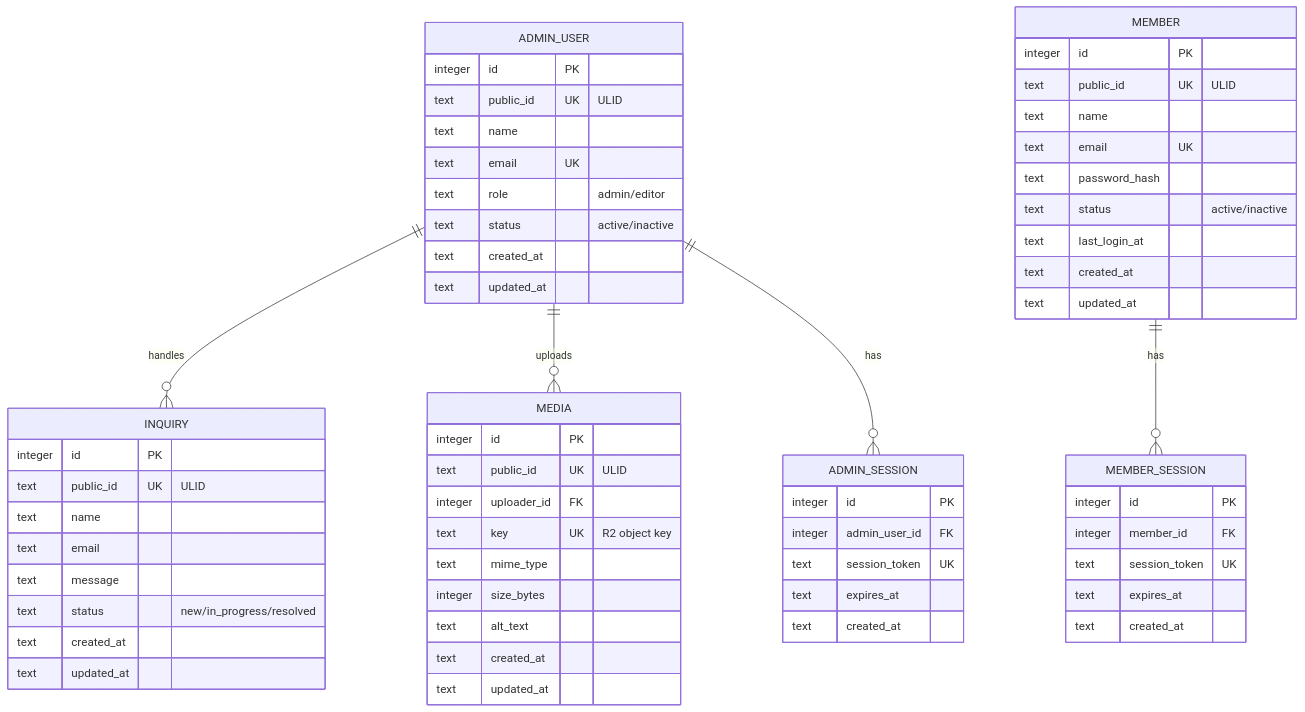
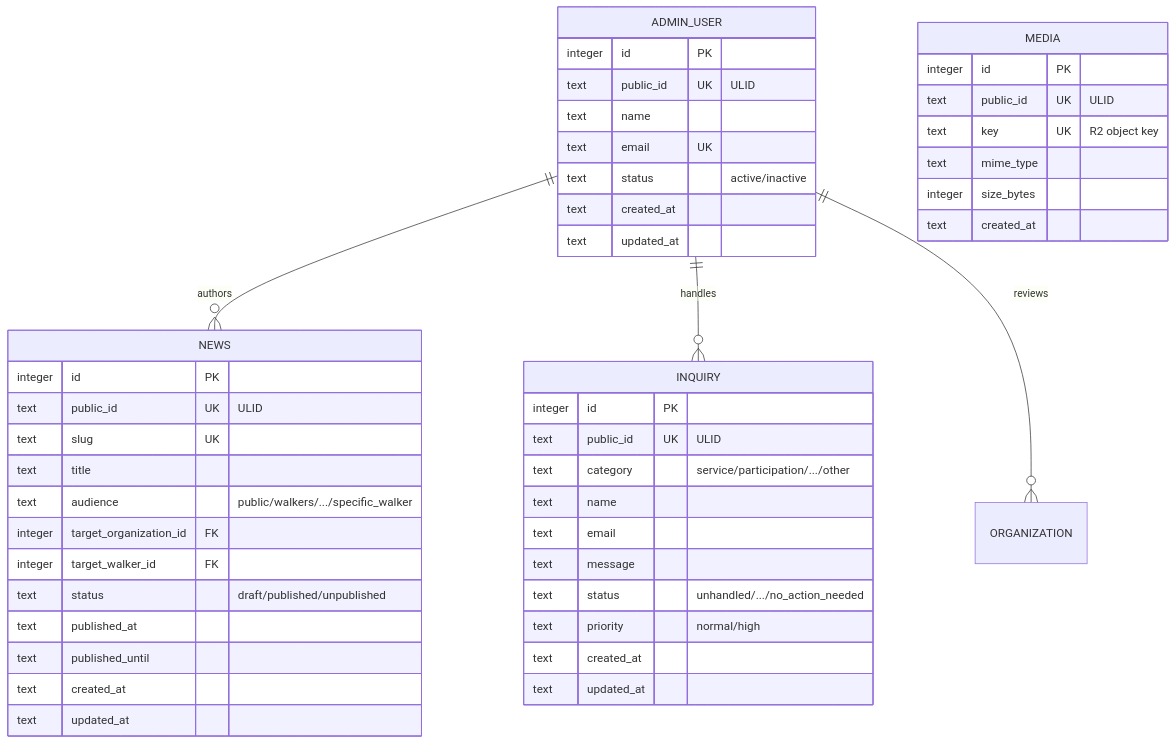
The first of 2 diagrams in docs/3-development/07-database-schema.md (team-natural/walk-pet-kampo), drawn with Mermaid before and after one commit. The commit also changed other lines of this file and 24 other files, not shown here.

````diff
--- a/docs/3-development/07-database-schema.md
+++ b/docs/3-development/07-database-schema.md
@@ -51,70 +56,53 @@
 ```mermaid
 erDiagram
+    ADMIN_USER ||--o{ NEWS : authors
     ADMIN_USER ||--o{ INQUIRY : handles
-    ADMIN_USER ||--o{ MEDIA : uploads
-    ADMIN_USER ||--o{ ADMIN_SESSION : has
-    MEMBER ||--o{ MEMBER_SESSION : has
+    ADMIN_USER ||--o{ ORGANIZATION : reviews
 
     ADMIN_USER {
         integer id PK
         text public_id UK "ULID"
         text name
         text email UK
-        text role "admin/editor"
         text status "active/inactive"
+        text created_at
+        text updated_at
+    }
+    NEWS {
+        integer id PK
+        text public_id UK "ULID"
+        text slug UK
+        text title
+        text audience "public/walkers/.../specific_walker"
+        integer target_organization_id FK
+        integer target_walker_id FK
+        text status "draft/published/unpublished"
+        text published_at
+        text published_until
         text created_at
         text updated_at
     }
     MEDIA {
         integer id PK
         text public_id UK "ULID"
-        integer uploader_id FK
         text key UK "R2 object key"
         text mime_type
         integer size_bytes
-        text alt_text
         text created_at
-        text updated_at
     }
     INQUIRY {
         integer id PK
         text public_id UK "ULID"
+        text category "service/participation/.../other"
         text name
         text email
         text message
-        text status "new/in_progress/resolved"
+        text status "unhandled/.../no_action_needed"
+        text priority "normal/high"
         text created_at
         text updated_at
     }
-    MEMBER {
-        integer id PK
-        text public_id UK "ULID"
-        text name
-        text email UK
-        text password_hash
-        text status "active/inactive"
-        text last_login_at
-        text created_at
-        text updated_at
-    }
-    ADMIN_SESSION {
-        integer id PK
-        integer admin_user_id FK
-        text session_token UK
-        text expires_at
-        text created_at
-    }
-    MEMBER_SESSION {
-        integer id PK
-        integer member_id FK
-        text session_token UK
-        text expires_at
-        text created_at
-    }
 
-    %% ACTIVITY_LOG / PASSWORD_RESET_TOKEN は関連が無い/単純なため省略（§4-4・§4-4）
-    %% 採用時のみ追加するエンティティ（packages/schema/migrations/ の SQL と同期すること）
-    %% POST / CATEGORY / TAG（ブログを D1 で持つ場合。開発者が更新するなら packages/content の
-    %%   Content Collections を優先する — DEV-01 §1）
-    %% PAGE（固定ページ管理、採用時） / ORDER（軽量 EC、採用時 — §3-5・§7。採用時は MEMBER への任意紐付けが可能 — orders.member_id は NULL 許容の FK。NULL のままならゲストチェックアウトを継続してサポート — §7-1、PRD-01 §1-3）
+    %% activity_log（監査ログ）は causer_type で AdminUser/OrganizationMember/Walker を判別する
+    %% ポリモーフィック構造のため本図では省略（§4-4 参照）
 ```
````
